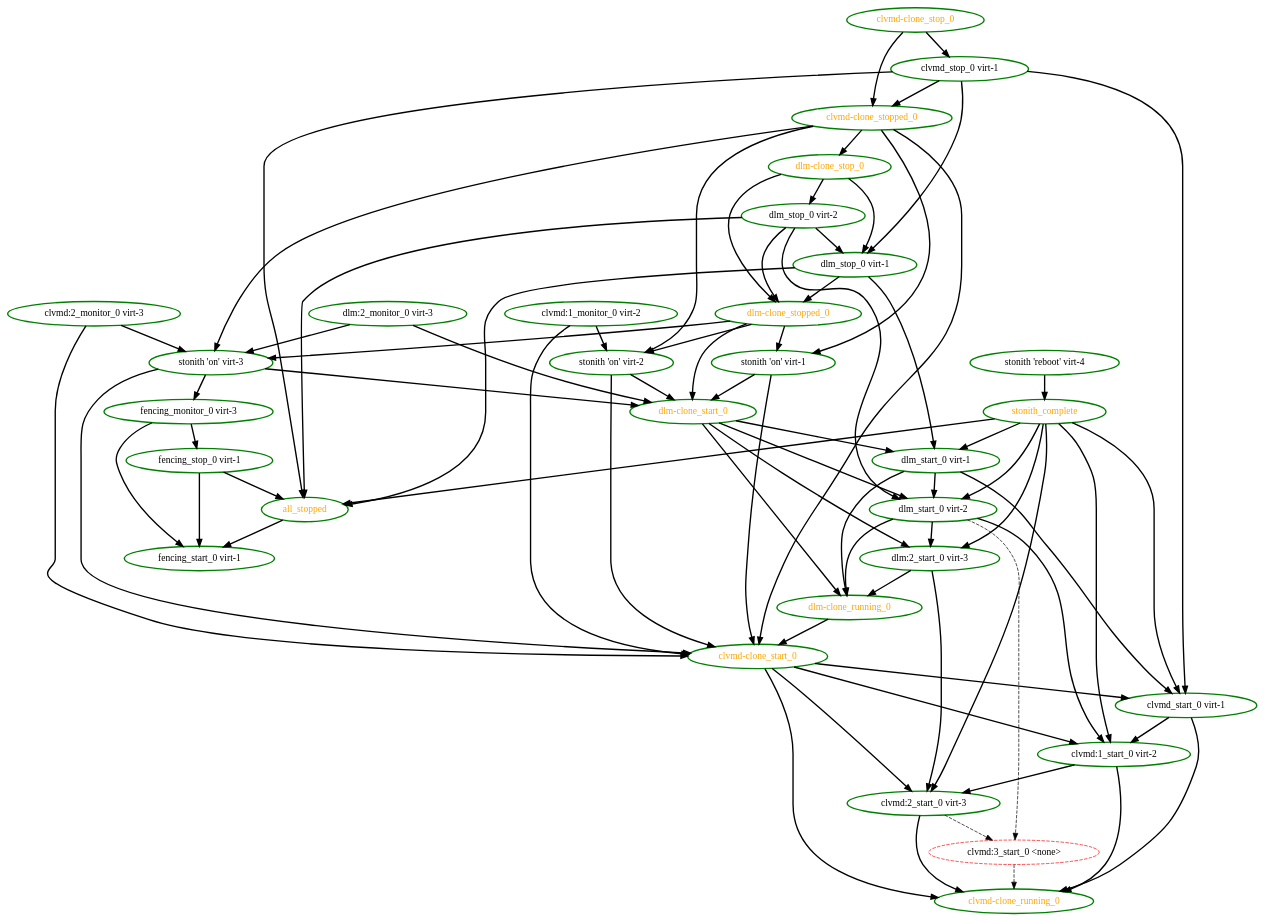
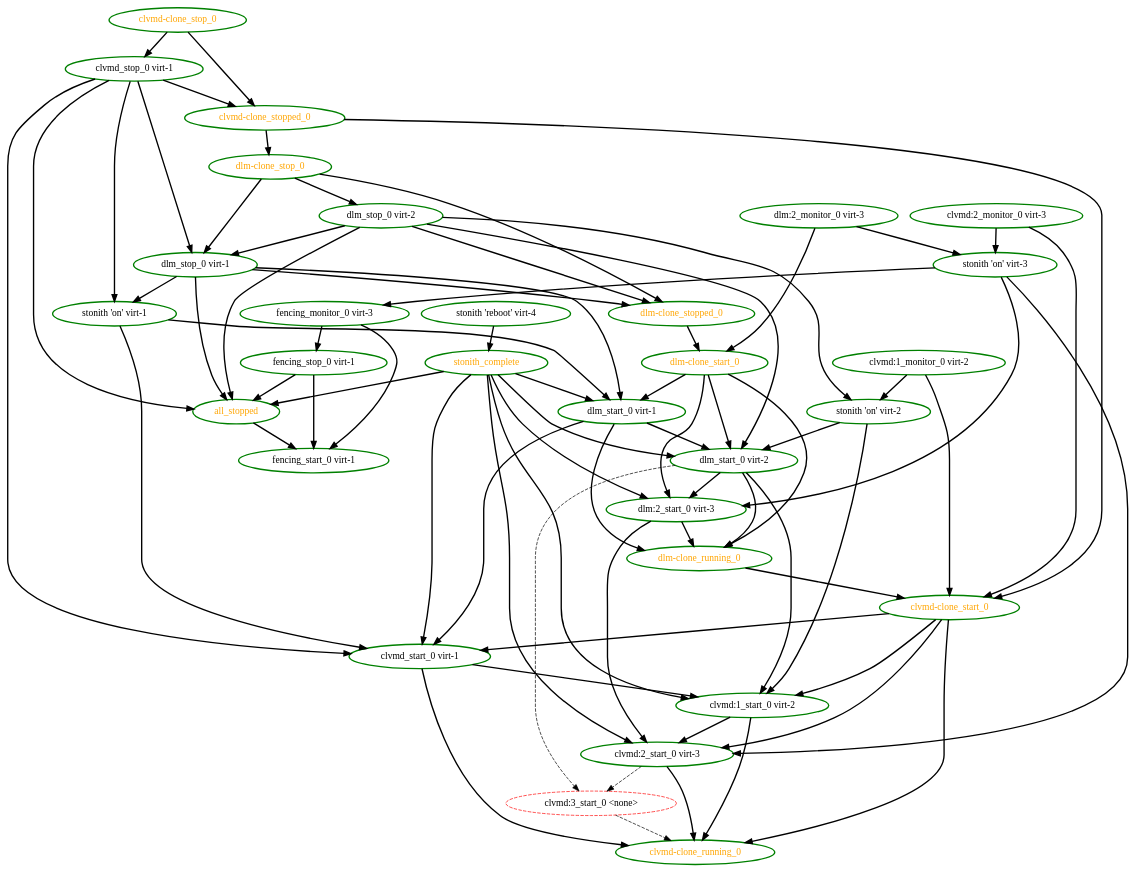
The diagram in pengine/test10/unfence-parameters.dot (ClusterLabs/pacemaker), drawn with Graphviz before and after one commit. The commit also changed 8 other files, not shown here.

```diff
--- a/pengine/test10/unfence-parameters.dot
+++ b/pengine/test10/unfence-parameters.dot
@@ -1,108 +1,105 @@
 digraph "g" {
 "all_stopped" -> "fencing_start_0 virt-1" [ style = bold]
 "all_stopped" [ style=bold color="green" fontcolor="orange"]
 "clvmd-clone_running_0" [ style=bold color="green" fontcolor="orange"]
 "clvmd-clone_start_0" -> "clvmd-clone_running_0" [ style = bold]
 "clvmd-clone_start_0" -> "clvmd:1_start_0 virt-2" [ style = bold]
 "clvmd-clone_start_0" -> "clvmd:2_start_0 virt-3" [ style = bold]
 "clvmd-clone_start_0" -> "clvmd_start_0 virt-1" [ style = bold]
 "clvmd-clone_start_0" [ style=bold color="green" fontcolor="orange"]
 "clvmd-clone_stop_0" -> "clvmd-clone_stopped_0" [ style = bold]
 "clvmd-clone_stop_0" -> "clvmd_stop_0 virt-1" [ style = bold]
 "clvmd-clone_stop_0" [ style=bold color="green" fontcolor="orange"]
 "clvmd-clone_stopped_0" -> "clvmd-clone_start_0" [ style = bold]
 "clvmd-clone_stopped_0" -> "dlm-clone_stop_0" [ style = bold]
-"clvmd-clone_stopped_0" -> "stonith 'on' virt-1" [ style = bold]
-"clvmd-clone_stopped_0" -> "stonith 'on' virt-2" [ style = bold]
-"clvmd-clone_stopped_0" -> "stonith 'on' virt-3" [ style = bold]
 "clvmd-clone_stopped_0" [ style=bold color="green" fontcolor="orange"]
 "clvmd:1_monitor_0 virt-2" -> "clvmd-clone_start_0" [ style = bold]
 "clvmd:1_monitor_0 virt-2" -> "stonith 'on' virt-2" [ style = bold]
 "clvmd:1_monitor_0 virt-2" [ style=bold color="green" fontcolor="black"]
 "clvmd:1_start_0 virt-2" -> "clvmd-clone_running_0" [ style = bold]
 "clvmd:1_start_0 virt-2" -> "clvmd:2_start_0 virt-3" [ style = bold]
 "clvmd:1_start_0 virt-2" [ style=bold color="green" fontcolor="black"]
 "clvmd:2_monitor_0 virt-3" -> "clvmd-clone_start_0" [ style = bold]
 "clvmd:2_monitor_0 virt-3" -> "stonith 'on' virt-3" [ style = bold]
 "clvmd:2_monitor_0 virt-3" [ style=bold color="green" fontcolor="black"]
 "clvmd:2_start_0 virt-3" -> "clvmd-clone_running_0" [ style = bold]
 "clvmd:2_start_0 virt-3" -> "clvmd:3_start_0 <none>" [ style = dashed]
 "clvmd:2_start_0 virt-3" [ style=bold color="green" fontcolor="black"]
 "clvmd:3_start_0 <none>" -> "clvmd-clone_running_0" [ style = dashed]
 "clvmd:3_start_0 <none>" [ style=dashed color="red" fontcolor="black"]
 "clvmd_start_0 virt-1" -> "clvmd-clone_running_0" [ style = bold]
 "clvmd_start_0 virt-1" -> "clvmd:1_start_0 virt-2" [ style = bold]
 "clvmd_start_0 virt-1" [ style=bold color="green" fontcolor="black"]
 "clvmd_stop_0 virt-1" -> "all_stopped" [ style = bold]
 "clvmd_stop_0 virt-1" -> "clvmd-clone_stopped_0" [ style = bold]
 "clvmd_stop_0 virt-1" -> "clvmd_start_0 virt-1" [ style = bold]
 "clvmd_stop_0 virt-1" -> "dlm_stop_0 virt-1" [ style = bold]
+"clvmd_stop_0 virt-1" -> "stonith 'on' virt-1" [ style = bold]
 "clvmd_stop_0 virt-1" [ style=bold color="green" fontcolor="black"]
 "dlm-clone_running_0" -> "clvmd-clone_start_0" [ style = bold]
 "dlm-clone_running_0" [ style=bold color="green" fontcolor="orange"]
 "dlm-clone_start_0" -> "dlm-clone_running_0" [ style = bold]
 "dlm-clone_start_0" -> "dlm:2_start_0 virt-3" [ style = bold]
 "dlm-clone_start_0" -> "dlm_start_0 virt-1" [ style = bold]
 "dlm-clone_start_0" -> "dlm_start_0 virt-2" [ style = bold]
 "dlm-clone_start_0" [ style=bold color="green" fontcolor="orange"]
 "dlm-clone_stop_0" -> "dlm-clone_stopped_0" [ style = bold]
 "dlm-clone_stop_0" -> "dlm_stop_0 virt-1" [ style = bold]
 "dlm-clone_stop_0" -> "dlm_stop_0 virt-2" [ style = bold]
 "dlm-clone_stop_0" [ style=bold color="green" fontcolor="orange"]
 "dlm-clone_stopped_0" -> "dlm-clone_start_0" [ style = bold]
-"dlm-clone_stopped_0" -> "stonith 'on' virt-1" [ style = bold]
-"dlm-clone_stopped_0" -> "stonith 'on' virt-2" [ style = bold]
-"dlm-clone_stopped_0" -> "stonith 'on' virt-3" [ style = bold]
 "dlm-clone_stopped_0" [ style=bold color="green" fontcolor="orange"]
 "dlm:2_monitor_0 virt-3" -> "dlm-clone_start_0" [ style = bold]
 "dlm:2_monitor_0 virt-3" -> "stonith 'on' virt-3" [ style = bold]
 "dlm:2_monitor_0 virt-3" [ style=bold color="green" fontcolor="black"]
 "dlm:2_start_0 virt-3" -> "clvmd:2_start_0 virt-3" [ style = bold]
 "dlm:2_start_0 virt-3" -> "dlm-clone_running_0" [ style = bold]
 "dlm:2_start_0 virt-3" [ style=bold color="green" fontcolor="black"]
 "dlm_start_0 virt-1" -> "clvmd_start_0 virt-1" [ style = bold]
 "dlm_start_0 virt-1" -> "dlm-clone_running_0" [ style = bold]
 "dlm_start_0 virt-1" -> "dlm_start_0 virt-2" [ style = bold]
 "dlm_start_0 virt-1" [ style=bold color="green" fontcolor="black"]
 "dlm_start_0 virt-2" -> "clvmd:1_start_0 virt-2" [ style = bold]
 "dlm_start_0 virt-2" -> "clvmd:3_start_0 <none>" [ style = dashed]
 "dlm_start_0 virt-2" -> "dlm-clone_running_0" [ style = bold]
 "dlm_start_0 virt-2" -> "dlm:2_start_0 virt-3" [ style = bold]
 "dlm_start_0 virt-2" [ style=bold color="green" fontcolor="black"]
 "dlm_stop_0 virt-1" -> "all_stopped" [ style = bold]
 "dlm_stop_0 virt-1" -> "dlm-clone_stopped_0" [ style = bold]
 "dlm_stop_0 virt-1" -> "dlm_start_0 virt-1" [ style = bold]
+"dlm_stop_0 virt-1" -> "stonith 'on' virt-1" [ style = bold]
 "dlm_stop_0 virt-1" [ style=bold color="green" fontcolor="black"]
 "dlm_stop_0 virt-2" -> "all_stopped" [ style = bold]
 "dlm_stop_0 virt-2" -> "dlm-clone_stopped_0" [ style = bold]
 "dlm_stop_0 virt-2" -> "dlm_start_0 virt-2" [ style = bold]
 "dlm_stop_0 virt-2" -> "dlm_stop_0 virt-1" [ style = bold]
+"dlm_stop_0 virt-2" -> "stonith 'on' virt-2" [ style = bold]
 "dlm_stop_0 virt-2" [ style=bold color="green" fontcolor="black"]
 "fencing_monitor_0 virt-3" -> "fencing_start_0 virt-1" [ style = bold]
 "fencing_monitor_0 virt-3" -> "fencing_stop_0 virt-1" [ style = bold]
 "fencing_monitor_0 virt-3" [ style=bold color="green" fontcolor="black"]
 "fencing_start_0 virt-1" [ style=bold color="green" fontcolor="black"]
 "fencing_stop_0 virt-1" -> "all_stopped" [ style = bold]
 "fencing_stop_0 virt-1" -> "fencing_start_0 virt-1" [ style = bold]
 "fencing_stop_0 virt-1" [ style=bold color="green" fontcolor="black"]
-"stonith 'on' virt-1" -> "clvmd-clone_start_0" [ style = bold]
-"stonith 'on' virt-1" -> "dlm-clone_start_0" [ style = bold]
+"stonith 'on' virt-1" -> "clvmd_start_0 virt-1" [ style = bold]
+"stonith 'on' virt-1" -> "dlm_start_0 virt-1" [ style = bold]
 "stonith 'on' virt-1" [ style=bold color="green" fontcolor="black"]
-"stonith 'on' virt-2" -> "clvmd-clone_start_0" [ style = bold]
-"stonith 'on' virt-2" -> "dlm-clone_start_0" [ style = bold]
+"stonith 'on' virt-2" -> "clvmd:1_start_0 virt-2" [ style = bold]
+"stonith 'on' virt-2" -> "dlm_start_0 virt-2" [ style = bold]
 "stonith 'on' virt-2" [ style=bold color="green" fontcolor="black"]
-"stonith 'on' virt-3" -> "clvmd-clone_start_0" [ style = bold]
-"stonith 'on' virt-3" -> "dlm-clone_start_0" [ style = bold]
+"stonith 'on' virt-3" -> "clvmd:2_start_0 virt-3" [ style = bold]
+"stonith 'on' virt-3" -> "dlm:2_start_0 virt-3" [ style = bold]
 "stonith 'on' virt-3" -> "fencing_monitor_0 virt-3" [ style = bold]
 "stonith 'on' virt-3" [ style=bold color="green" fontcolor="black"]
 "stonith 'reboot' virt-4" -> "stonith_complete" [ style = bold]
 "stonith 'reboot' virt-4" [ style=bold color="green" fontcolor="black"]
 "stonith_complete" -> "all_stopped" [ style = bold]
 "stonith_complete" -> "clvmd:1_start_0 virt-2" [ style = bold]
 "stonith_complete" -> "clvmd:2_start_0 virt-3" [ style = bold]
 "stonith_complete" -> "clvmd_start_0 virt-1" [ style = bold]
 "stonith_complete" -> "dlm:2_start_0 virt-3" [ style = bold]
 "stonith_complete" -> "dlm_start_0 virt-1" [ style = bold]
 "stonith_complete" -> "dlm_start_0 virt-2" [ style = bold]
 "stonith_complete" [ style=bold color="green" fontcolor="orange"]
 }
```
